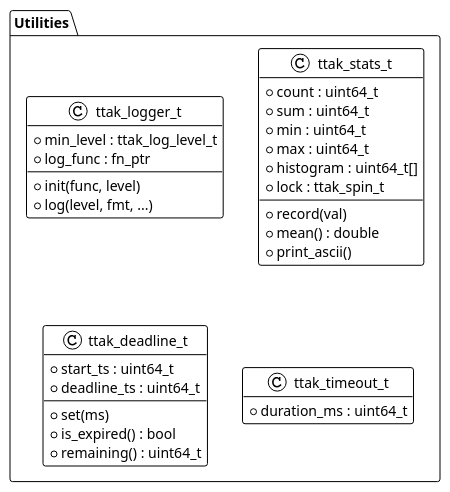
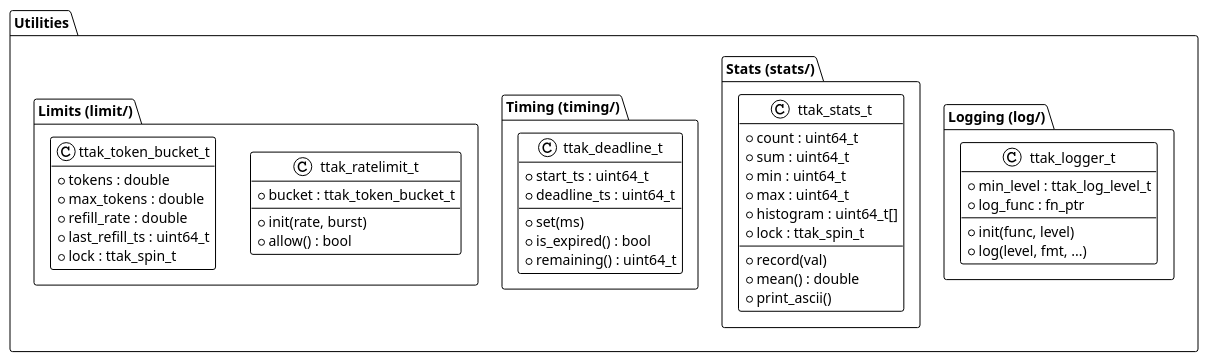
The diagram in blueprints/06_utilities.puml (Religiya-Serdtsa/libttak), drawn with PlantUML before and after one commit. The commit also changed 17 other files, not shown here.

```diff
--- a/blueprints/06_utilities.puml
+++ b/blueprints/06_utilities.puml
@@ -1,40 +1,59 @@
 @startuml
 !theme plain
 hide empty members
 
 package "Utilities" {
-    class ttak_logger_t {
-        + min_level : ttak_log_level_t
-        + log_func : fn_ptr
-        __
-        + init(func, level)
-        + log(level, fmt, ...)
+    package "Logging (log/)" {
+        class ttak_logger_t {
+            + min_level : ttak_log_level_t
+            + log_func : fn_ptr
+            __
+            + init(func, level)
+            + log(level, fmt, ...)
+        }
     }
 
-    class ttak_stats_t {
-        + count : uint64_t
-        + sum : uint64_t
-        + min : uint64_t
-        + max : uint64_t
-        + histogram : uint64_t[]
-        + lock : ttak_spin_t
-        __
-        + record(val)
-        + mean() : double
-        + print_ascii()
+    package "Stats (stats/)" {
+        class ttak_stats_t {
+            + count : uint64_t
+            + sum : uint64_t
+            + min : uint64_t
+            + max : uint64_t
+            + histogram : uint64_t[]
+            + lock : ttak_spin_t
+            __
+            + record(val)
+            + mean() : double
+            + print_ascii()
+        }
     }
 
-    class ttak_deadline_t {
-        + start_ts : uint64_t
-        + deadline_ts : uint64_t
-        __
-        + set(ms)
-        + is_expired() : bool
-        + remaining() : uint64_t
+    package "Timing (timing/)" {
+        class ttak_deadline_t {
+            + start_ts : uint64_t
+            + deadline_ts : uint64_t
+            __
+            + set(ms)
+            + is_expired() : bool
+            + remaining() : uint64_t
+        }
     }
 
-    class ttak_timeout_t {
-        + duration_ms : uint64_t
+    package "Limits (limit/)" {
+        class ttak_ratelimit_t {
+            + bucket : ttak_token_bucket_t
+            __
+            + init(rate, burst)
+            + allow() : bool
+        }
+
+        class ttak_token_bucket_t {
+            + tokens : double
+            + max_tokens : double
+            + refill_rate : double
+            + last_refill_ts : uint64_t
+            + lock : ttak_spin_t
+        }
     }
 }
 @enduml
```
